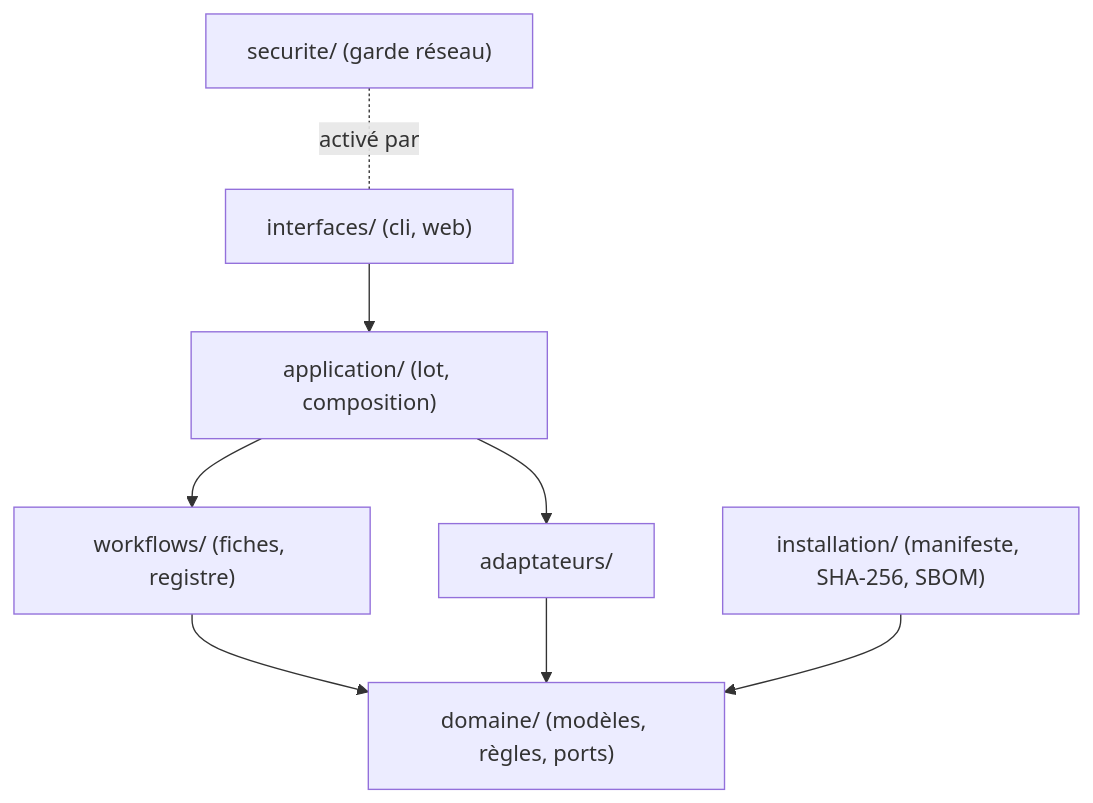
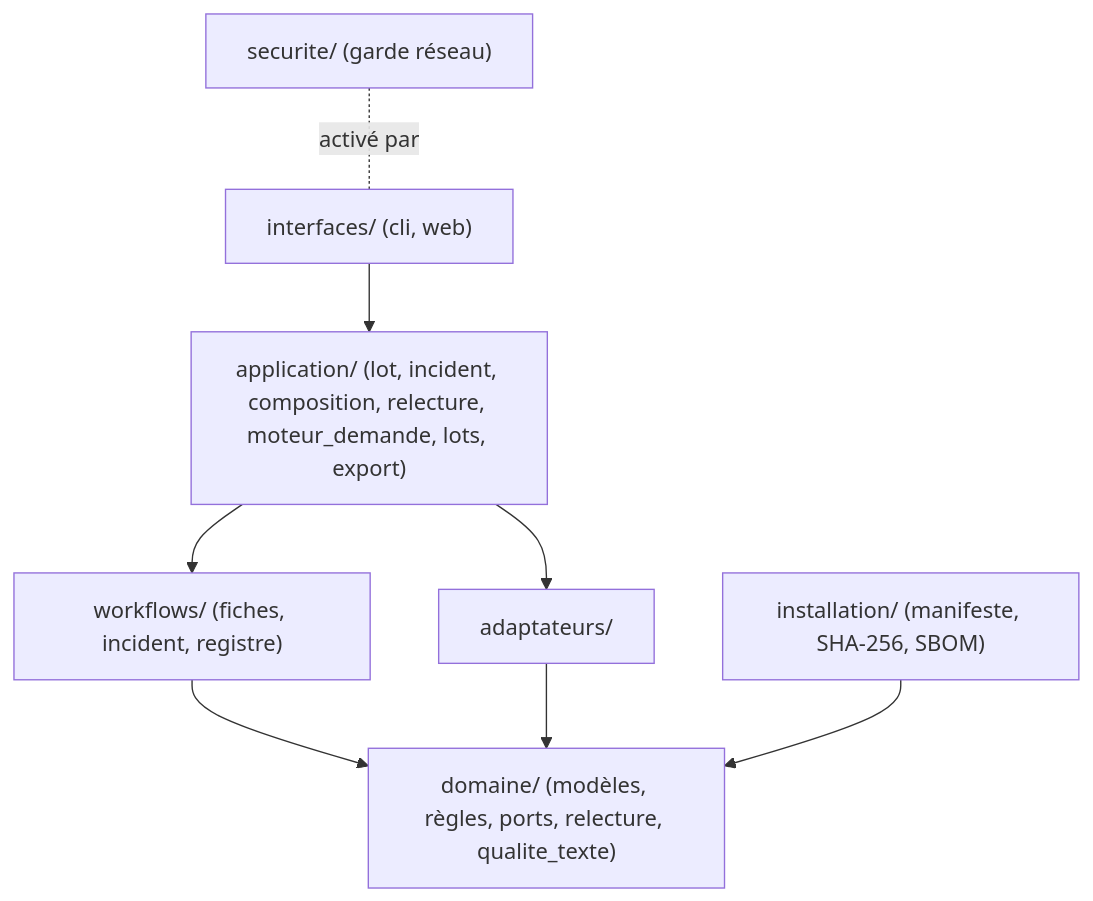
Before and after one commit to Aliquanto3/waveaudit: the first of 4 diagrams in _bmad-output/planning-artifacts/architecture/architecture-waveaudit-2026-10-17/ARCHITECTURE-SPINE.md, drawn with Mermaid. The commit also changed other lines of this file and 12 other files, not shown here.

First line of the commit message:
Cadrage v2 : spec, architecture et stories

````diff
--- a/_bmad-output/planning-artifacts/architecture/architecture-waveaudit-2026-10-17/ARCHITECTURE-SPINE.md
+++ b/_bmad-output/planning-artifacts/architecture/architecture-waveaudit-2026-10-17/ARCHITECTURE-SPINE.md
@@ -27,10 +32,10 @@
 ```mermaid
 flowchart TD
-  interfaces["interfaces/ (cli, web)"] --> application["application/ (lot, composition)"]
-  application --> workflows["workflows/ (fiches, registre)"]
+  interfaces["interfaces/ (cli, web)"] --> application["application/ (lot, incident, composition, relecture, moteur_demande, lots, export)"]
+  application --> workflows["workflows/ (fiches, incident, registre)"]
   application --> adaptateurs["adaptateurs/"]
-  workflows --> domaine["domaine/ (modèles, règles, ports)"]
+  workflows --> domaine["domaine/ (modèles, règles, ports, relecture, qualite_texte)"]
   adaptateurs --> domaine
   securite["securite/ (garde réseau)"] -.activé par.- interfaces
   installation["installation/ (manifeste, SHA-256, SBOM)"] --> domaine
 ```
````
